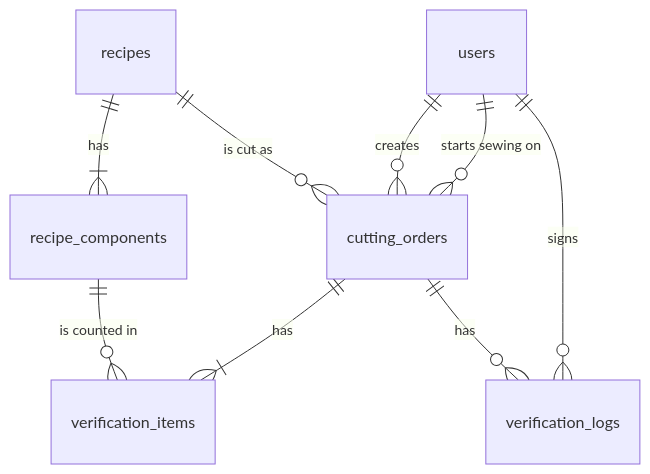
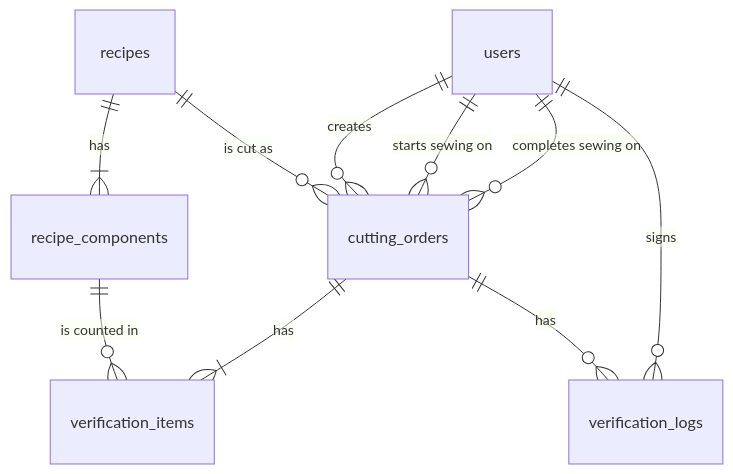
One commit to adithaanusara/apparelflow-erp changed the diagram in README.md. Above: the diagram before and after it, drawn with Mermaid. The commit also changed other lines of this file, not shown here.

````diff
--- a/README.md
+++ b/README.md
@@ -164,11 +171,12 @@
 ```mermaid
 erDiagram
     users ||--o{ cutting_orders : "creates"
     users ||--o{ cutting_orders : "starts sewing on"
+    users ||--o{ cutting_orders : "completes sewing on"
     users ||--o{ verification_logs : "signs"
     recipes ||--|{ recipe_components : "has"
     recipes ||--o{ cutting_orders : "is cut as"
     cutting_orders ||--|{ verification_items : "has"
     cutting_orders ||--o{ verification_logs : "has"
     recipe_components ||--o{ verification_items : "is counted in"
 ```
````
